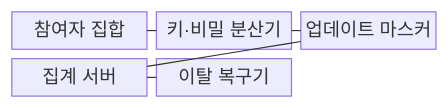
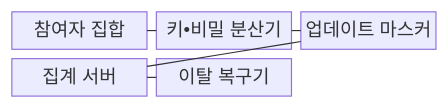
Before and after one commit to agnusdei1207/knowledge-base: the first of 2 diagrams in src/content/docs/notes/08-latest-tech/112_secure_aggregation.md, drawn with Mermaid. The commit also changed other lines of this file and 953 other files, not shown here.

````diff
--- a/src/content/docs/notes/08-latest-tech/112_secure_aggregation.md
+++ b/src/content/docs/notes/08-latest-tech/112_secure_aggregation.md
@@ -66,13 +66,13 @@
 ```mermaid
 block-beta
     columns 3
     P["참여자 집합"]
-    K["키·비밀 분산기"]
+    K["키•비밀 분산기"]
     M["업데이트 마스커"]
     S["집계 서버"]
     R["이탈 복구기"]
     P --- K
     K --- M
     M --- S
     S --- R
 ```
````
